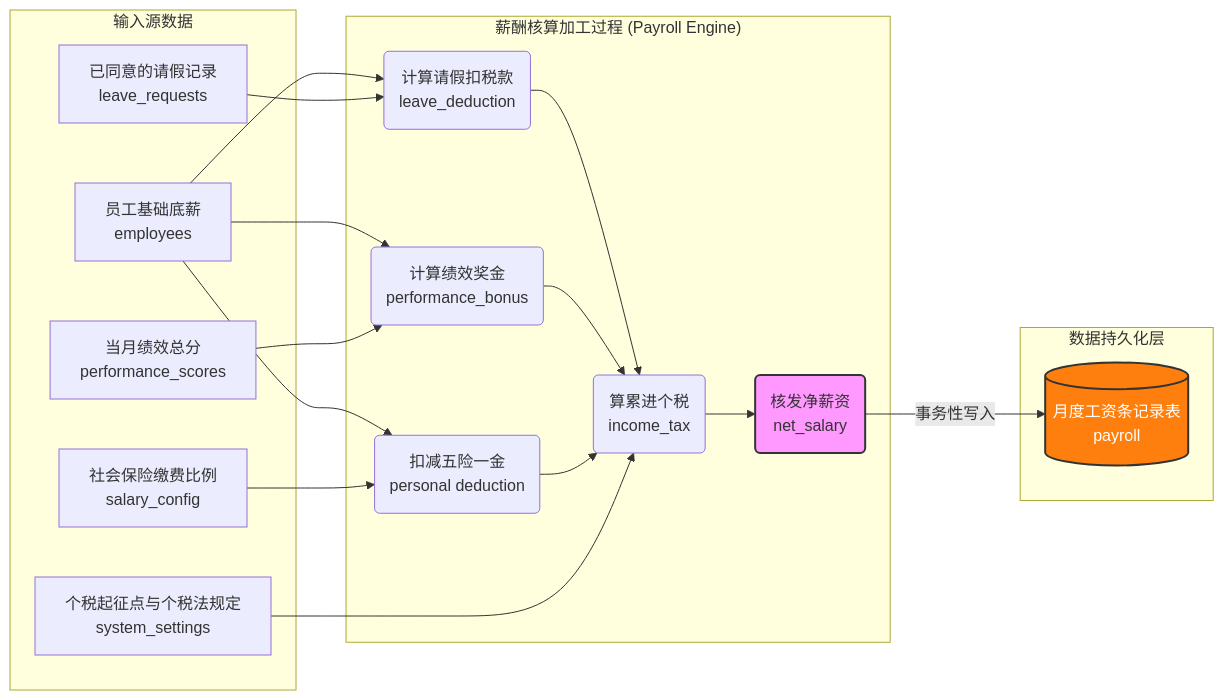
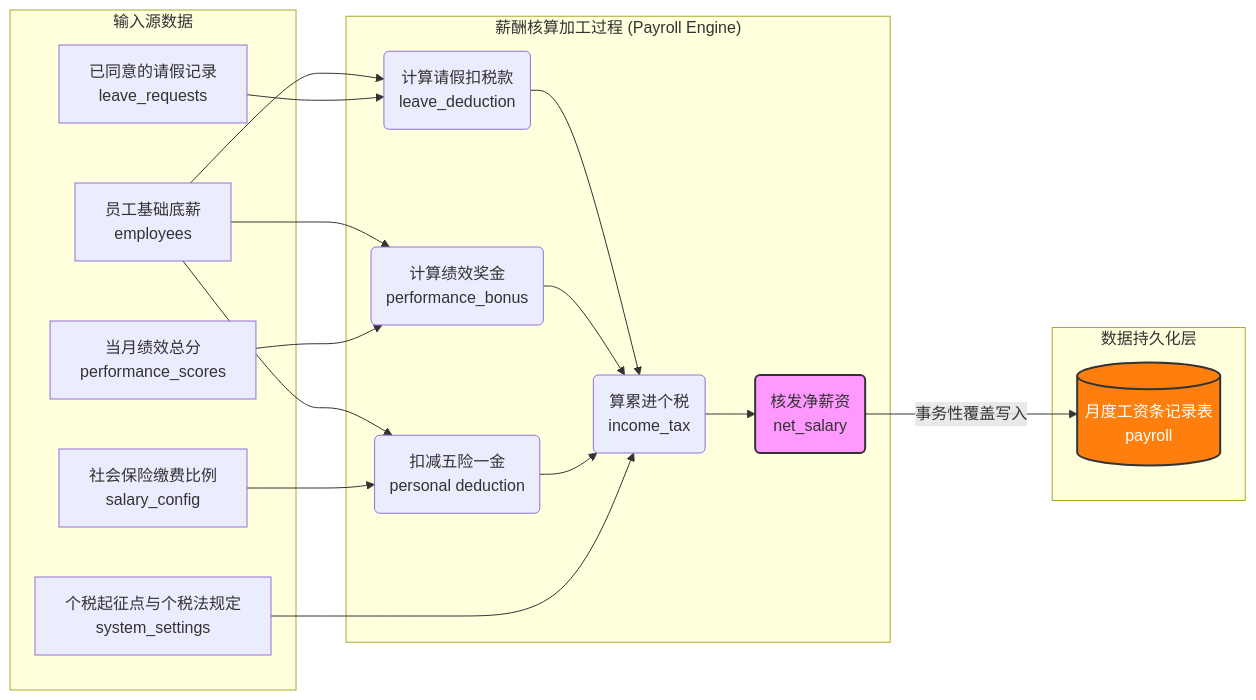
One commit to Villager119/sdu-cs-human-resource-management-system-project changed the fourth of 7 diagrams in docs/SAD初稿.md. Above: the diagram before and after it, drawn with Mermaid. The commit also changed other lines of this file and 37 other files, not shown here.

````diff
--- a/docs/SAD初稿.md
+++ b/docs/SAD初稿.md
@@ -349,40 +351,40 @@
 ```mermaid
 graph LR
     subgraph inputs ["输入源数据"]
         Emp["员工基础底薪<br/>employees"]
         Leave["已同意的请假记录<br/>leave_requests"]
         Perf["当月绩效总分<br/>performance_scores"]
         Config["社会保险缴费比例<br/>salary_config"]
         Tax["个税起征点与个税法规定<br/>system_settings"]
     end
 
     subgraph engine ["薪酬核算加工过程 (Payroll Engine)"]
         P1("计算请假扣税款<br/>leave_deduction")
         P2("计算绩效奖金<br/>performance_bonus")
         P3("扣减五险一金<br/>personal deduction")
         P4("算累进个税<br/>income_tax")
         P5("核发净薪资<br/>net_salary")
         
         Emp --> P1
         Leave --> P1
         
         Emp --> P2
         Perf --> P2
         
         Emp --> P3
         Config --> P3
         
         P1 & P2 & P3 --> P4
         Tax --> P4
         
         P4 --> P5
     end
 
     subgraph db_persist ["数据持久化层"]
         DB[("月度工资条记录表<br/>payroll")]
-        P5 -->|事务性写入| DB
+        P5 -->|事务性覆盖写入| DB
     end
 
     style P5 fill:#f9f,stroke:#333,stroke-width:2px
     style DB fill:#ff7f0e,stroke:#333,stroke-width:2px,color:#fff
 ```
````
